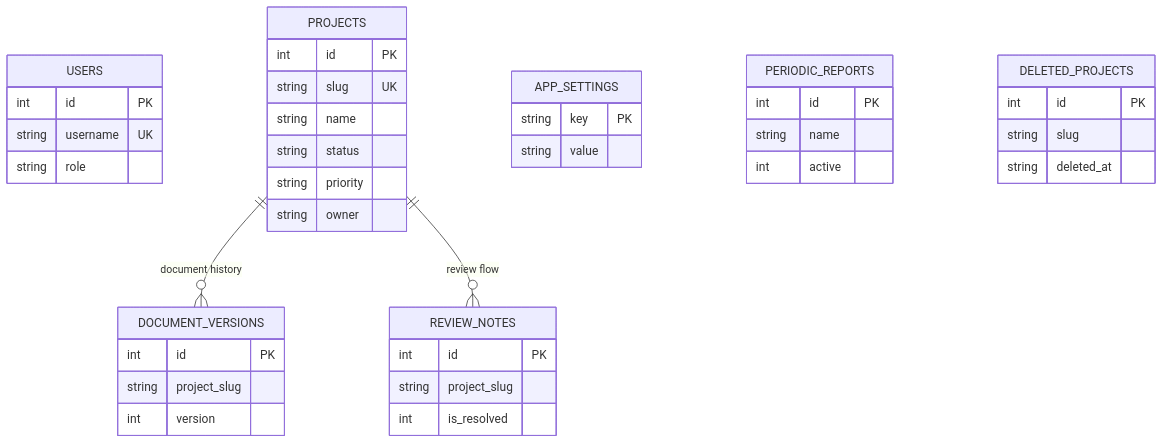
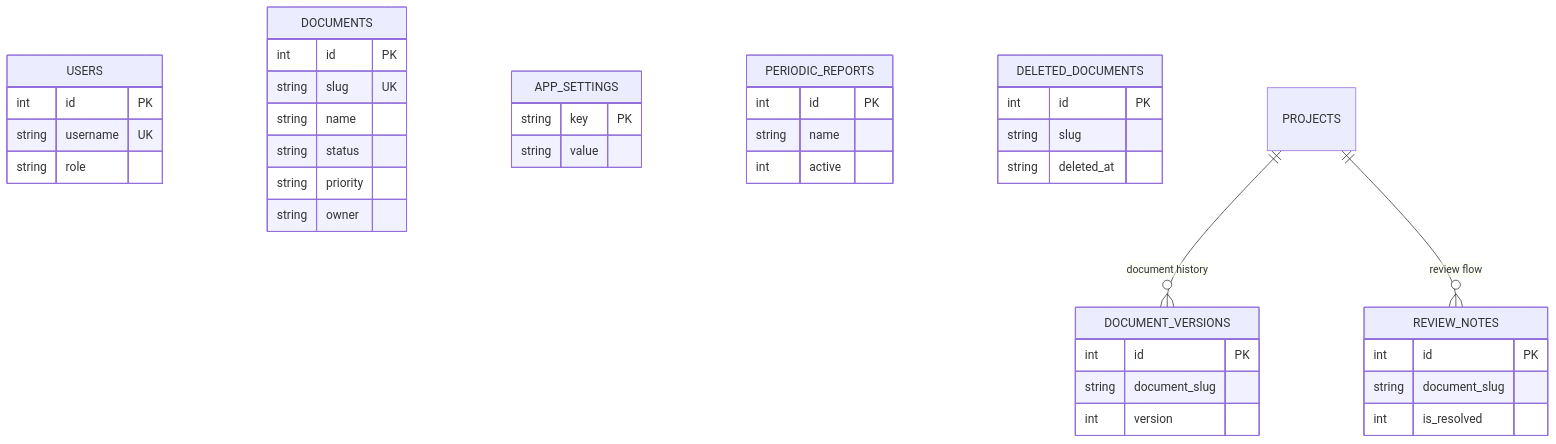
Before and after one commit to Vieirapa/ProjectDashboard: the second of 2 diagrams in docs/14-db-structure-and-module-mapping-3be2bc7.md, drawn with Mermaid. The commit also changed other lines of this file and 11 other files, not shown here.

Commit message:
refactor(db): migrate projects->documents tables and slugs with cleanup

````diff
--- a/docs/14-db-structure-and-module-mapping-3be2bc7.md
+++ b/docs/14-db-structure-and-module-mapping-3be2bc7.md
@@ -313,49 +313,49 @@
 ```mermaid
 erDiagram
     USERS {
         int id PK
         string username UK
         string role
     }
 
-    PROJECTS {
+    DOCUMENTS {
         int id PK
         string slug UK
         string name
         string status
         string priority
         string owner
     }
 
     DOCUMENT_VERSIONS {
         int id PK
-        string project_slug
+        string document_slug
         int version
     }
 
     REVIEW_NOTES {
         int id PK
-        string project_slug
+        string document_slug
         int is_resolved
     }
 
     APP_SETTINGS {
         string key PK
         string value
     }
 
     PERIODIC_REPORTS {
         int id PK
         string name
         int active
     }
 
-    DELETED_PROJECTS {
+    DELETED_DOCUMENTS {
         int id PK
         string slug
         string deleted_at
     }
 
     PROJECTS ||--o{ DOCUMENT_VERSIONS : "document history"
     PROJECTS ||--o{ REVIEW_NOTES : "review flow"
 ```
````
